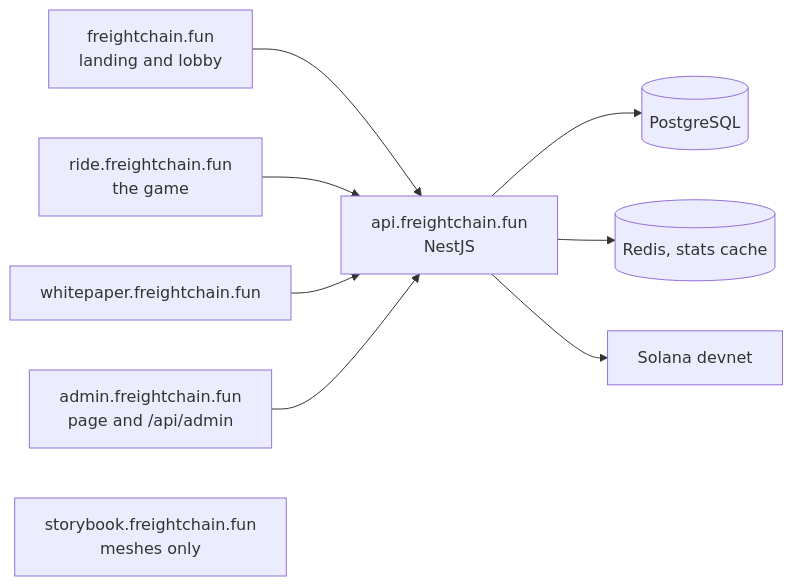
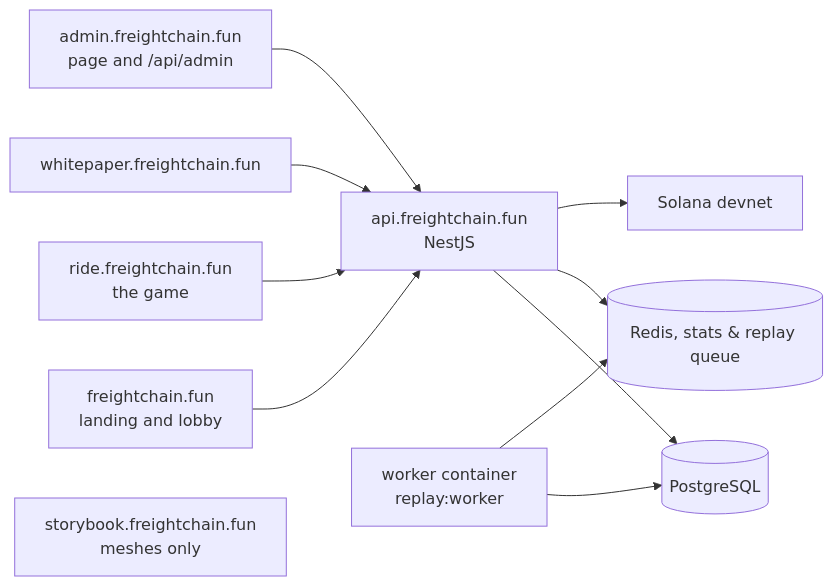
One commit to recferret-bit/freightchain changed the fourth of 7 diagrams in README.md. Above: the diagram before and after it, drawn with Mermaid. The commit also changed other lines of this file and 100 other files, not shown here.

Commit message:
Verified play: @freightchain/shared, 10 Hz replay sim, admin replays & worker

````diff
--- a/README.md
+++ b/README.md
@@ -368,11 +373,13 @@
 ```mermaid
 flowchart LR
   landing["freightchain.fun<br/>landing and lobby"] --> api["api.freightchain.fun<br/>NestJS"]
   ride["ride.freightchain.fun<br/>the game"] --> api
   paper["whitepaper.freightchain.fun"] --> api
   admin["admin.freightchain.fun<br/>page and /api/admin"] --> api
   story["storybook.freightchain.fun<br/>meshes only"]
   api --> pg[(PostgreSQL)]
-  api --> redis[(Redis, stats cache)]
+  api --> redis[(Redis, stats & replay queue)]
+  worker["worker container<br/>replay:worker"] --> pg
+  worker --> redis
   api --> chain["Solana devnet"]
 ```
````
